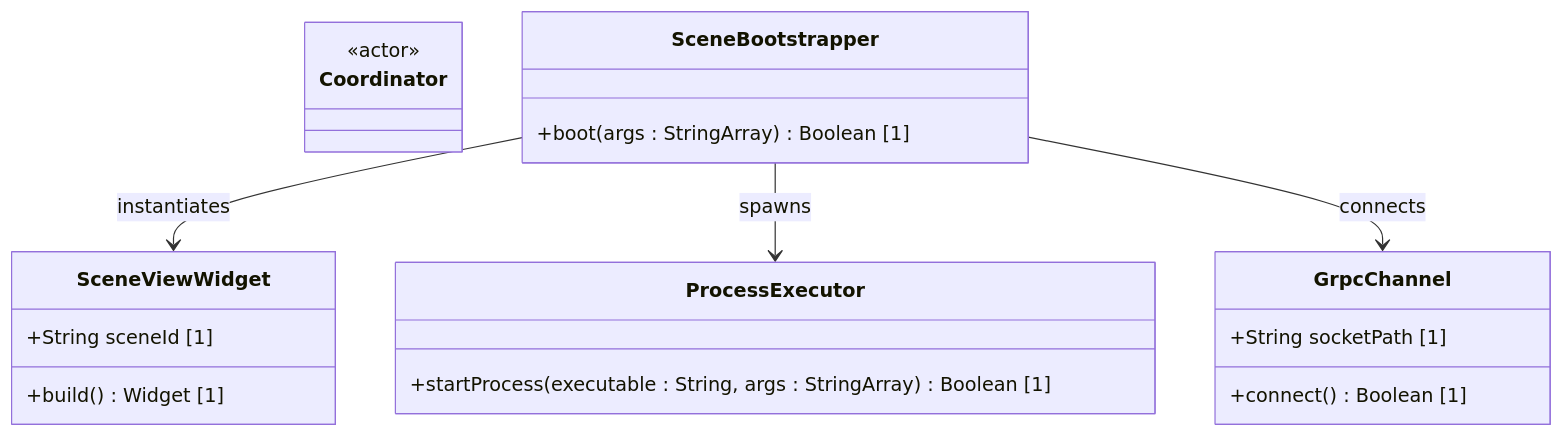
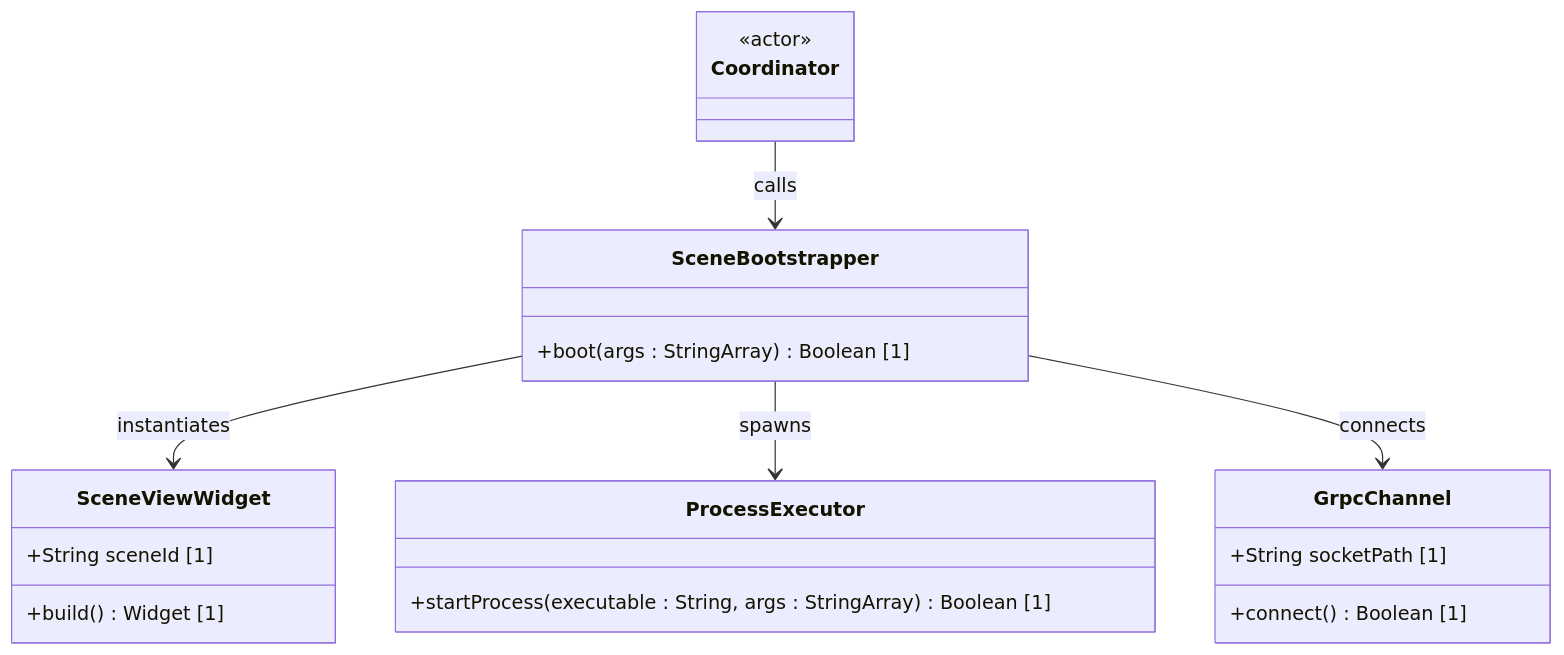
Before and after one commit to gintatkinson/3dgs-phoenix: the diagram in docs/features/feat-45-isolated-scene-boot.md, drawn with Mermaid. The commit also changed 6 other files, not shown here.

Commit message:
docs: resolve UML compliance violations for features 45-50

````diff
--- a/docs/features/feat-45-isolated-scene-boot.md
+++ b/docs/features/feat-45-isolated-scene-boot.md
@@ -19,24 +19,25 @@
 ```mermaid
 classDiagram
     class Coordinator {
         <<actor>>
     }
     class SceneBootstrapper {
         +boot(args : StringArray) Boolean [1]
     }
     class SceneViewWidget {
         +String sceneId [1]
         +build() Widget [1]
     }
     class ProcessExecutor {
         +startProcess(executable : String, args : StringArray) Boolean [1]
     }
     class GrpcChannel {
         +String socketPath [1]
         +connect() Boolean [1]
     }
 
+    Coordinator --> SceneBootstrapper : calls
     SceneBootstrapper --> SceneViewWidget : instantiates
     SceneBootstrapper --> ProcessExecutor : spawns
     SceneBootstrapper --> GrpcChannel : connects
 ```
````
